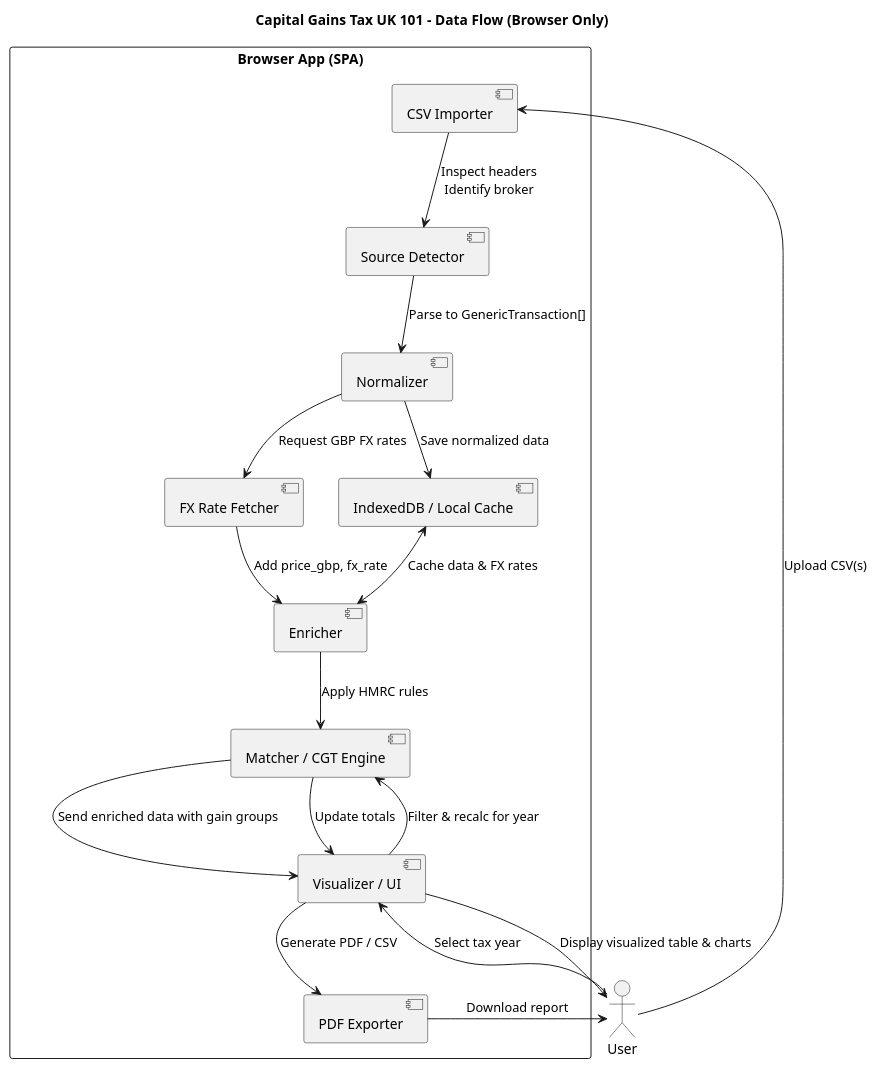
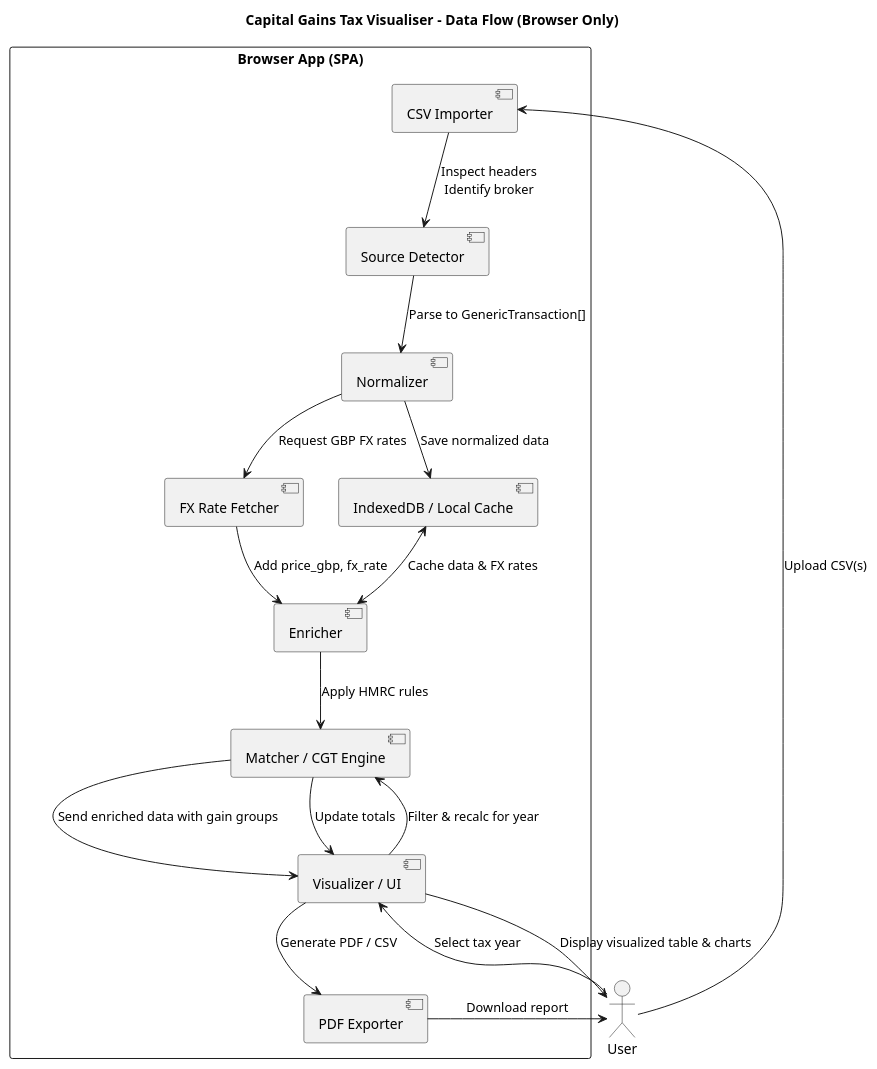
The diagram in docs/SPECIFICATION.md (coffee-cpu/capital-gains-uk-101), drawn with PlantUML before and after one commit. The commit also changed other lines of this file and 9 other files, not shown here.

First line of the commit message:
Rebrand application to "Capital Gains Tax Visualiser"

````diff
--- a/docs/SPECIFICATION.md
+++ b/docs/SPECIFICATION.md
@@ -268,35 +268,35 @@
 ```plantuml
 @startuml
-title Capital Gains Tax UK 101 – Data Flow (Browser Only)
+title Capital Gains Tax Visualiser – Data Flow (Browser Only)
 
 actor User
 
 rectangle "Browser App (SPA)" {
   [CSV Importer] as importer
   [Source Detector] as detector
   [Normalizer] as normalizer
   [FX Rate Fetcher] as fx
   [Enricher] as enricher
   [Matcher / CGT Engine] as matcher
   [Visualizer / UI] as ui
   [PDF Exporter] as exporter
   [IndexedDB / Local Cache] as storage
 }
 
 User --> importer : Upload CSV(s)
 importer --> detector : Inspect headers\nIdentify broker
 detector --> normalizer : Parse to GenericTransaction[]
 normalizer --> storage : Save normalized data
 normalizer --> fx : Request GBP FX rates
 fx --> enricher : Add price_gbp, fx_rate
 enricher --> matcher : Apply HMRC rules
 matcher --> ui : Send enriched data with gain groups
 ui --> User : Display visualized table & charts
 User --> ui : Select tax year
 ui --> matcher : Filter & recalc for year
 matcher --> ui : Update totals
 ui --> exporter : Generate PDF / CSV
 exporter --> User : Download report
 storage <--> enricher : Cache data & FX rates
 @enduml
 ```
````
